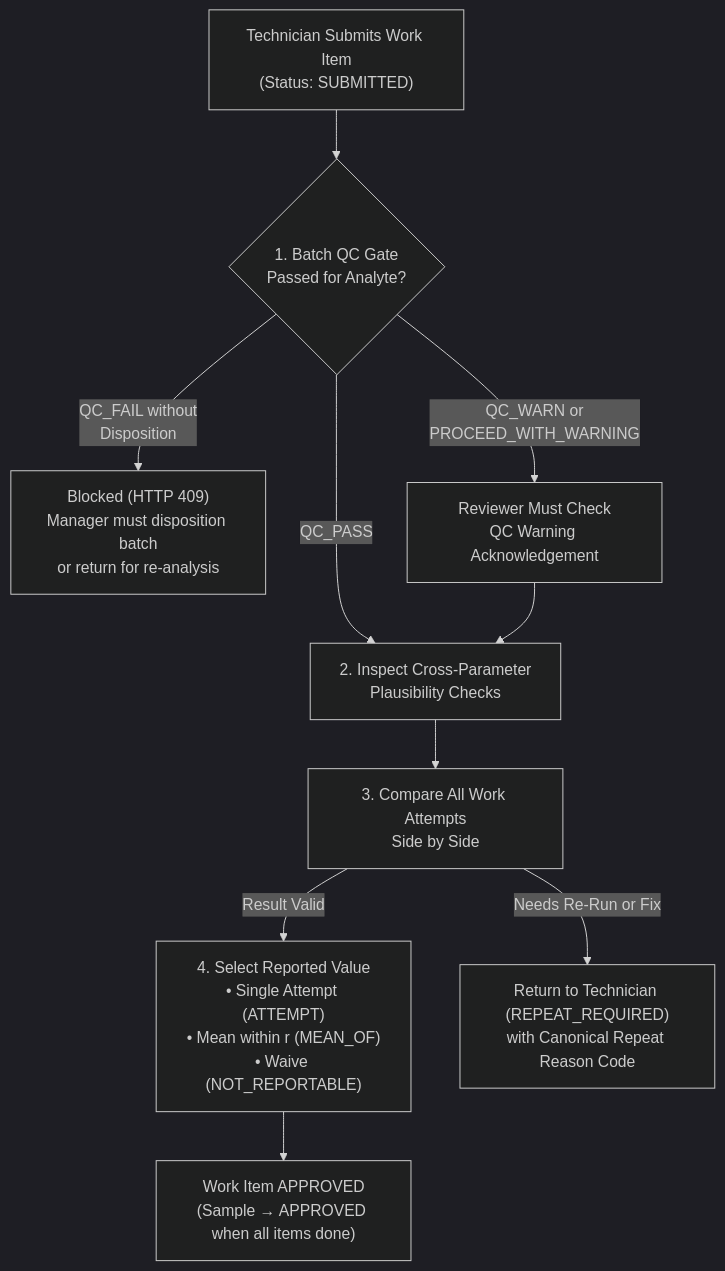
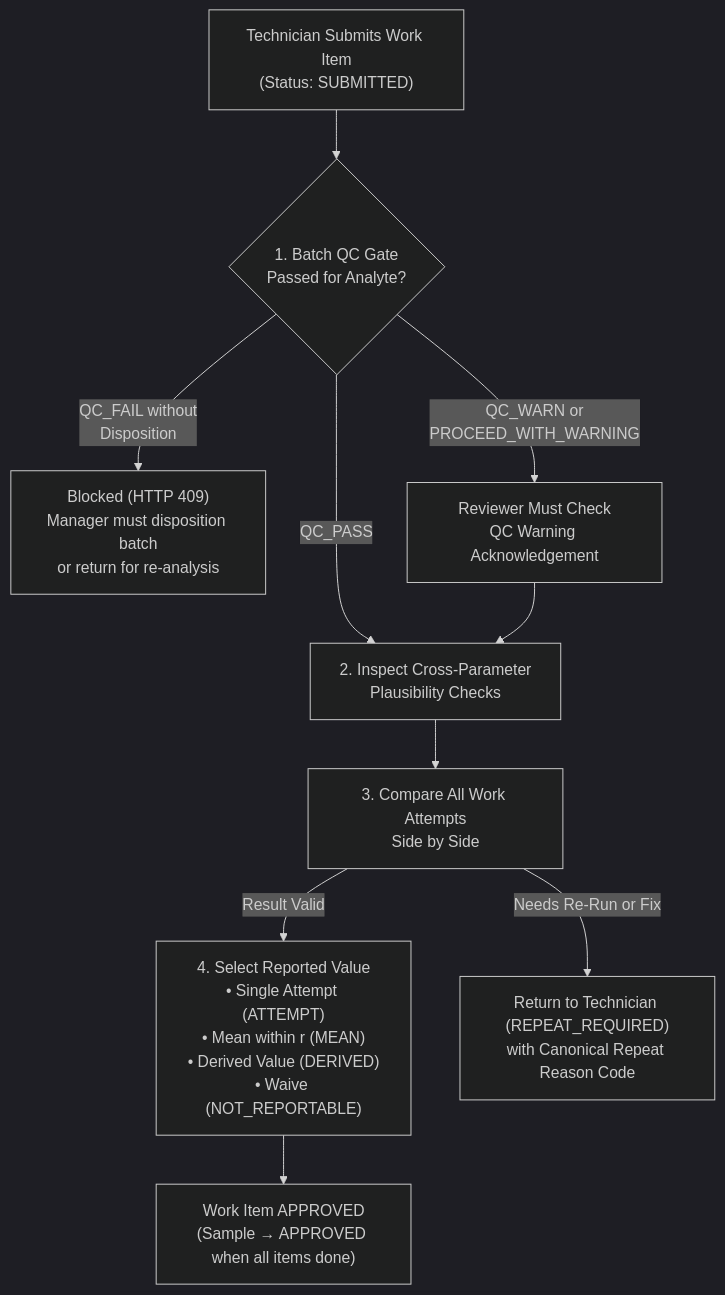
One commit to yigini/soilfer-lims changed the diagram in docs/book/src/usage/review-and-approval.md. Above: the diagram before and after it, drawn with Mermaid (dark theme). The commit also changed other lines of this file and 3 other files, not shown here.

````diff
--- a/docs/book/src/usage/review-and-approval.md
+++ b/docs/book/src/usage/review-and-approval.md
@@ -9,12 +9,12 @@
 ```mermaid
 flowchart TD
     S["Technician Submits Work Item<br/>(Status: SUBMITTED)"] --> G1{"1. Batch QC Gate<br/>Passed for Analyte?"}
     G1 -->|QC_FAIL without<br/>Disposition| B["Blocked (HTTP 409)<br/>Manager must disposition batch<br/>or return for re-analysis"]
     G1 -->|QC_WARN or<br/>PROCEED_WITH_WARNING| ACK["Reviewer Must Check<br/>QC Warning Acknowledgement"]
     G1 -->|QC_PASS| CC["2. Inspect Cross-Parameter<br/>Plausibility Checks"]
     ACK --> CC
     CC --> ATT["3. Compare All Work Attempts<br/>Side by Side"]
-    ATT -->|Result Valid| SEL["4. Select Reported Value<br/>• Single Attempt (ATTEMPT)<br/>• Mean within r (MEAN_OF)<br/>• Waive (NOT_REPORTABLE)"]
+    ATT -->|Result Valid| SEL["4. Select Reported Value<br/>• Single Attempt (ATTEMPT)<br/>• Mean within r (MEAN)<br/>• Derived Value (DERIVED)<br/>• Waive (NOT_REPORTABLE)"]
     ATT -->|Needs Re-Run or Fix| RET["Return to Technician (REPEAT_REQUIRED)<br/>with Canonical Repeat Reason Code"]
     SEL --> APP["Work Item APPROVED<br/>(Sample → APPROVED when all items done)"]
 ```
````
